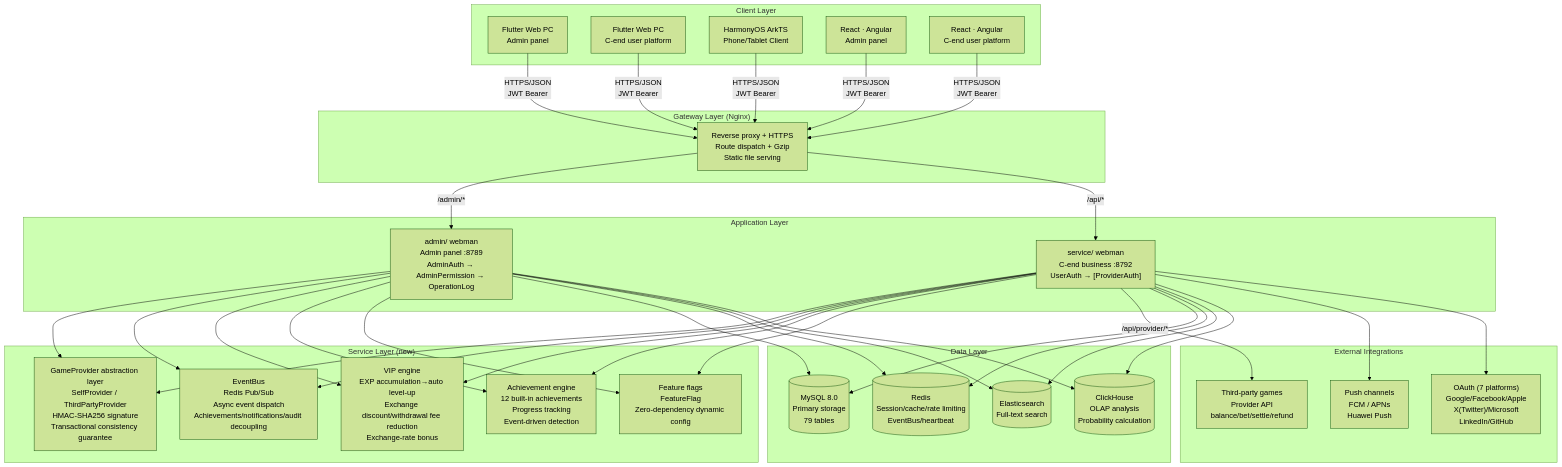
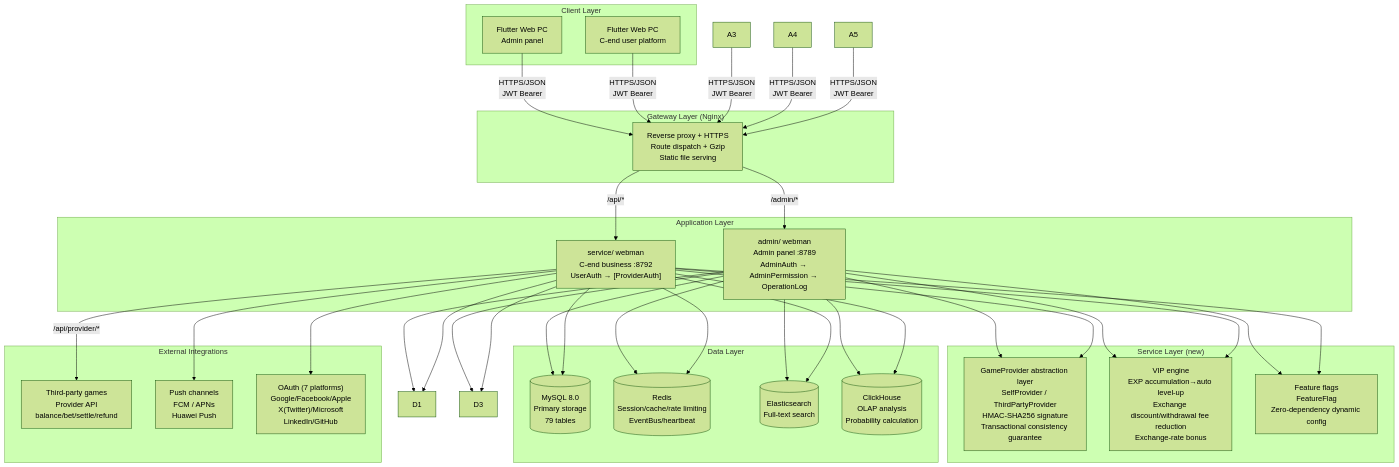
One commit to erikwang2013/game-platform-php changed the first of 2 diagrams in docs/ARCHITECTURE.en.md. Above: the diagram before and after it, drawn with Mermaid (forest theme). The commit also changed other lines of this file and 591 other files, not shown here.

Commit message:
文档：仅保留中英文 README，清理已移除功能与过时图片

````diff
--- a/docs/ARCHITECTURE.en.md
+++ b/docs/ARCHITECTURE.en.md
@@ -11,48 +11,43 @@
 ```mermaid
 flowchart TB
     subgraph "Client Layer"
         A1["Flutter Web PC<br/>Admin panel"]
         A2["Flutter Web PC<br/>C-end user platform"]
-        A3["HarmonyOS ArkTS<br/>Phone/Tablet Client"]
-        A4["React · Angular<br/>Admin panel"]
-        A5["React · Angular<br/>C-end user platform"]
     end
 
     subgraph "Gateway Layer (Nginx)"
         B1["Reverse proxy + HTTPS<br/>Route dispatch + Gzip<br/>Static file serving"]
     end
 
     subgraph "Application Layer"
         C1["admin/ webman<br/>Admin panel :8789<br/>AdminAuth → AdminPermission → OperationLog"]
         C2["service/ webman<br/>C-end business :8792<br/>UserAuth → [ProviderAuth]"]
     end
 
     subgraph "Service Layer (new)"
         D0["GameProvider abstraction layer<br/>SelfProvider / ThirdPartyProvider<br/>HMAC-SHA256 signature<br/>Transactional consistency guarantee"]
-        D1["EventBus<br/>Redis Pub/Sub<br/>Async event dispatch<br/>Achievements/notifications/audit decoupling"]
         D2["VIP engine<br/>EXP accumulation→auto level-up<br/>Exchange discount/withdrawal fee reduction<br/>Exchange-rate bonus"]
-        D3["Achievement engine<br/>12 built-in achievements<br/>Progress tracking<br/>Event-driven detection"]
         D4["Feature flags<br/>FeatureFlag<br/>Zero-dependency dynamic config"]
     end
 
     subgraph "Data Layer"
         E1[("MySQL 8.0<br/>Primary storage<br/>79 tables")]
         E2[("Redis<br/>Session/cache/rate limiting<br/>EventBus/heartbeat")]
         E3[("Elasticsearch<br/>Full-text search")]
         E4[("ClickHouse<br/>OLAP analysis<br/>Probability calculation")]
     end
 
     subgraph "External Integrations"
         F1["Third-party games<br/>Provider API<br/>balance/bet/settle/refund"]
         F2["Push channels<br/>FCM / APNs<br/>Huawei Push"]
         F3["OAuth (7 platforms)<br/>Google/Facebook/Apple<br/>X(Twitter)/Microsoft<br/>LinkedIn/GitHub"]
     end
 
     A1 & A2 & A3 & A4 & A5 -->|"HTTPS/JSON<br/>JWT Bearer"| B1
     B1 -->|"/admin/*"| C1
     B1 -->|"/api/*"| C2
     C1 & C2 --> D0 & D1 & D2 & D3 & D4
     C2 -->|"/api/provider/*"| F1
     C1 & C2 --> E1 & E2 & E3 & E4
     C2 --> F2 & F3
 ```
````
